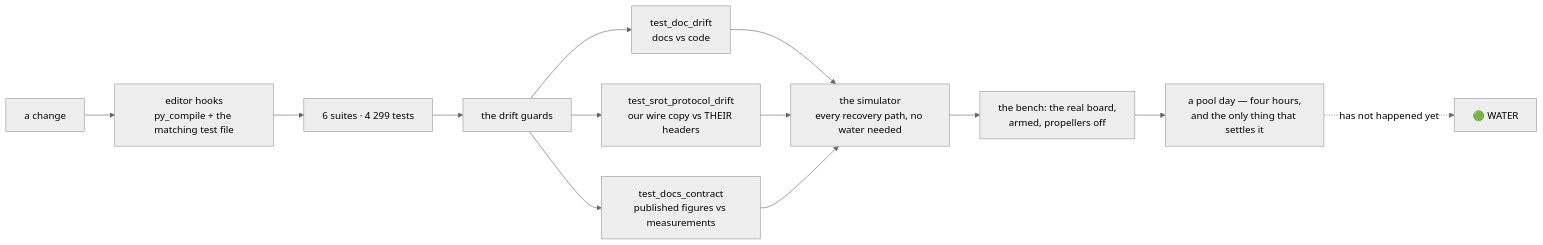
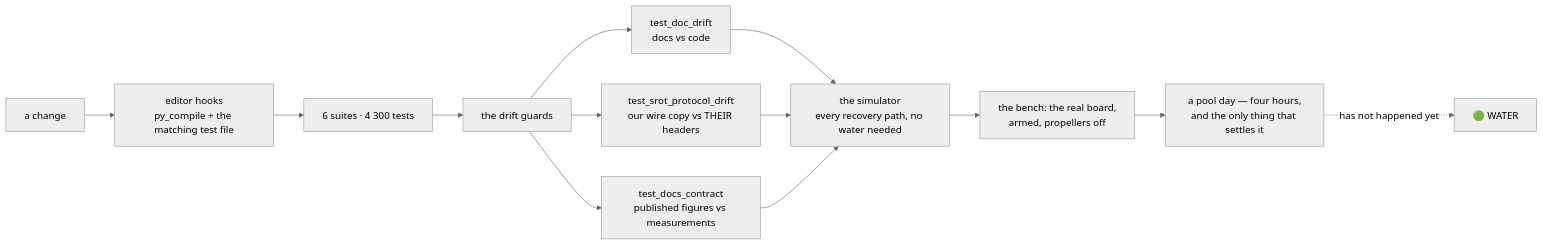
One commit to fh1m/mongla_ws changed the ninth of 10 diagrams in README.md. Above: the diagram before and after it, drawn with Mermaid (neutral theme). The commit also changed other lines of this file and 6 other files, not shown here.

First line of the commit message:
fix(flow): a sloping floor is inside the published sigma, once the venue's range is stated

````diff
--- a/README.md
+++ b/README.md
@@ -752,15 +752,15 @@
 ```mermaid
 flowchart LR
     DEV["a change"] --> HOOK["editor hooks<br/>py_compile + the matching test file"]
-    HOOK --> UNIT["6 suites · 4 299 tests"]
+    HOOK --> UNIT["6 suites · 4 300 tests"]
     UNIT --> GUARD["the drift guards"]
     GUARD --> G1["test_doc_drift<br/>docs vs code"]
     GUARD --> G2["test_srot_protocol_drift<br/>our wire copy vs THEIR headers"]
     GUARD --> G3["test_docs_contract<br/>published figures vs measurements"]
     G1 --> SIM["the simulator<br/>every recovery path, no water needed"]
     G2 --> SIM
     G3 --> SIM
     SIM --> BENCH["the bench: the real board,<br/>armed, propellers off"]
     BENCH --> POOL["a pool day — four hours,<br/>and the only thing that settles it"]
     POOL -.->|"has not happened yet"| WATER["🟢 WATER"]
 ```
````
